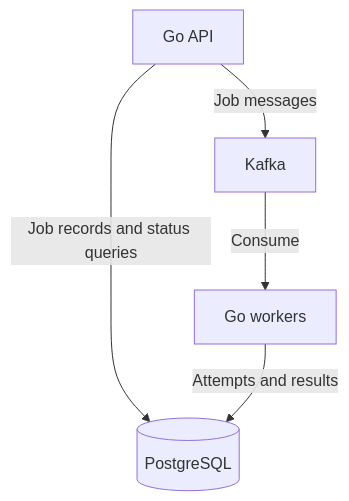
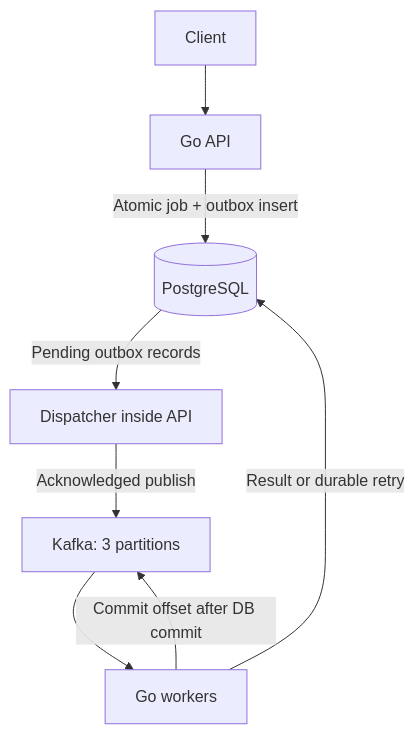
One commit to Jeffery-byte/relay changed the diagram in README.md. Above: the diagram before and after it, drawn with Mermaid. The commit also changed other lines of this file and 8 other files, not shown here.

````diff
--- a/README.md
+++ b/README.md
@@ -11,7 +66,10 @@
 ```mermaid
 flowchart TD
-    API["Go API"] -->|Job messages| Kafka["Kafka"]
-    Kafka -->|Consume| Workers["Go workers"]
-    API -->|Job records and status queries| DB[("PostgreSQL")]
-    Workers -->|Attempts and results| DB
+    Client["Client"] --> API["Go API"]
+    API -->|"Atomic job + outbox insert"| DB[("PostgreSQL")]
+    DB -->|"Pending outbox records"| Dispatch["Dispatcher inside API"]
+    Dispatch -->|"Acknowledged publish"| Kafka["Kafka: 3 partitions"]
+    Kafka --> Worker["Go workers"]
+    Worker -->|"Result or durable retry"| DB
+    Worker -->|"Commit offset after DB commit"| Kafka
 ```
````
